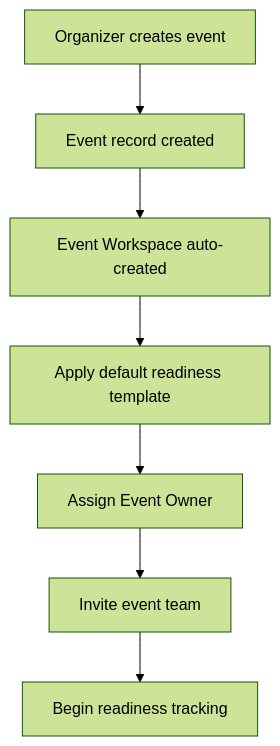
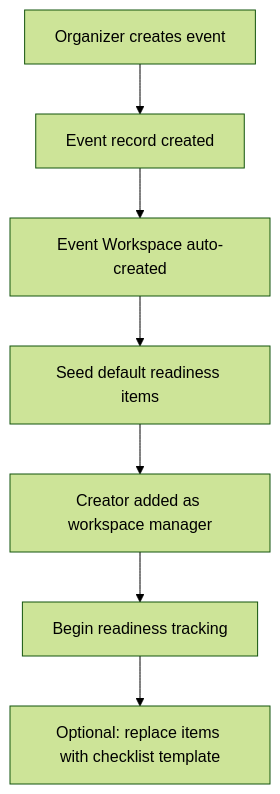
Before and after one commit to ivuriarte/Tixora: the second of 5 diagrams in docs/event-workspace-readiness-center-product-package.md, drawn with Mermaid (forest theme). The commit also changed other lines of this file, not shown here.

Commit message:
docs: update event workspace product package with current system baseline

````diff
--- a/docs/event-workspace-readiness-center-product-package.md
+++ b/docs/event-workspace-readiness-center-product-package.md
@@ -386,9 +400,9 @@
 ```mermaid
 flowchart TD
   A["Organizer creates event"] --> B["Event record created"]
   B --> C["Event Workspace auto-created"]
-  C --> D["Apply default readiness template"]
-  D --> E["Assign Event Owner"]
-  E --> F["Invite event team"]
-  F --> G["Begin readiness tracking"]
+  C --> D["Seed default readiness items"]
+  D --> E["Creator added as workspace manager"]
+  E --> F["Begin readiness tracking"]
+  F --> G["Optional: replace items with checklist template"]
 ```
````
